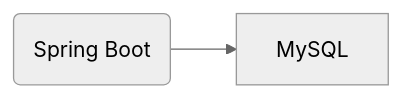
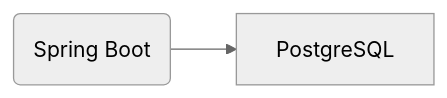
One commit to DodoNehir/testcherry changed the diagram in README.md. Above: the diagram before and after it, drawn with Mermaid (neutral theme). The commit also changed other lines of this file and 5 other files, not shown here.

````diff
--- a/README.md
+++ b/README.md
@@ -16,4 +16,4 @@
 ```mermaid
 graph LR
-A(Spring Boot)-->B[MySQL]
+A(Spring Boot)-->B[PostgreSQL]
 ```
````
